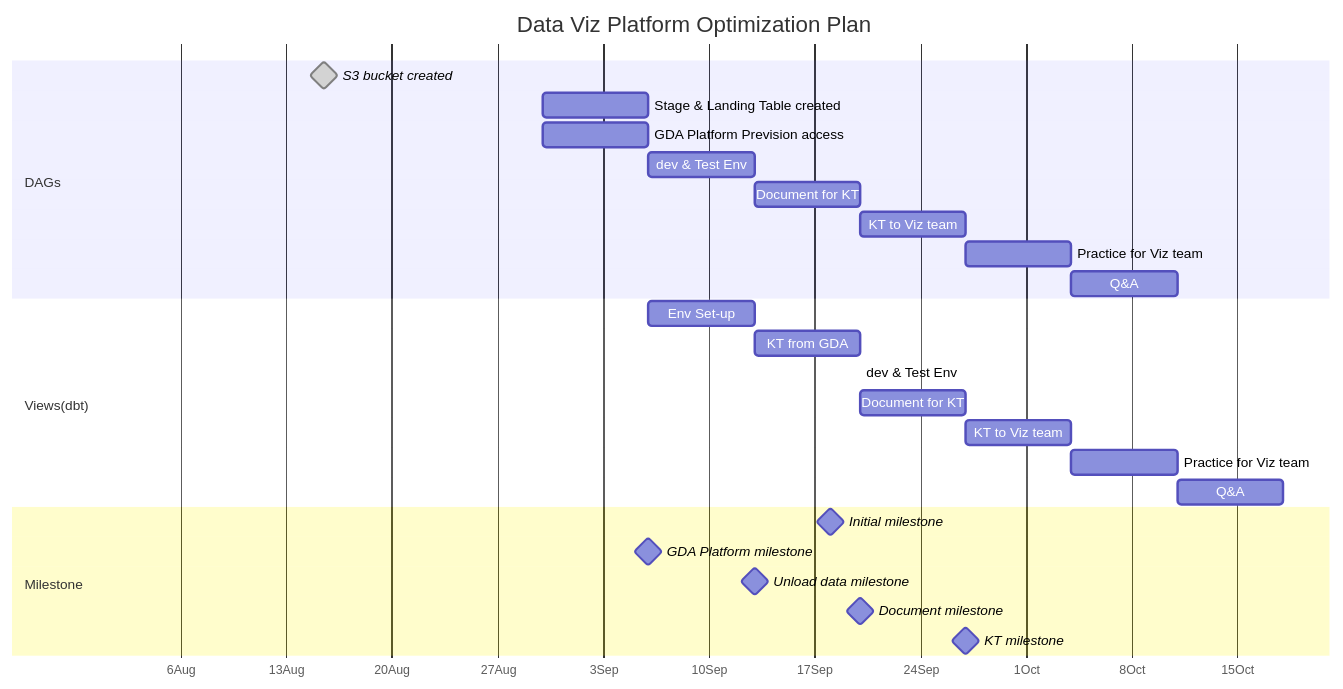
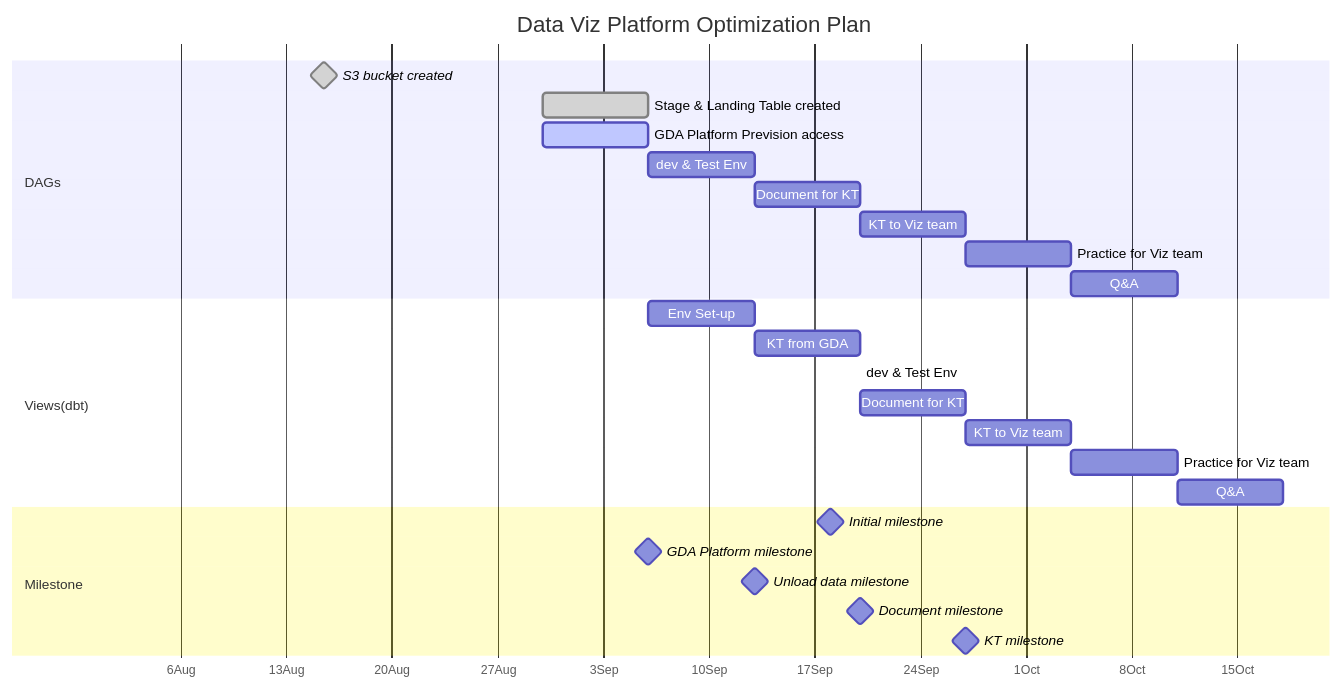
The diagram in Plan.md (Jamesxuxiao/plan), drawn with Mermaid before and after one commit.

````diff
--- a/Plan.md
+++ b/Plan.md
@@ -6,39 +6,39 @@
 ```mermaid
 gantt
     dateFormat  YYYY-MM-DD
     title       Data Viz Platform Optimization Plan
     axisFormat %e%b
     todayMarker on
     %%excludes    weekends
     tickInterval 1week
     %% (`excludes` accepts specific dates in YYYY-MM-DD format, days of the week ("sunday") or "weekends", but not the word "weekdays".)
 
 
     section A ridiculously <br> long section <br> name
 
     section DAGs
     S3 bucket created: milestone, done, des09, 2023-08-01, 2023-08-30
-    Stage & Landing Table created      : desc10, after des09,1w
-    GDA Platform Prevision access    :  des11, after des10, 1w
+    Stage & Landing Table created      : done, desc10, after des09,1w
+    GDA Platform Prevision access    : active,  des11, after des10, 1w
     dev & Test Env              :    des12, after des11, 1w
     Document for KT             :    des13, after des12, 1w
     KT to Viz team              :    des14, after des13, 1w
     Practice for Viz team       :    des15, after des14, 1w
     Q&A                         :    des16, after des15, 1w
 
     section Views(dbt)
     Env Set-up                  :    des41, after des11, 1w
     KT from GDA                 :    des42, after des41, 1w
     dev & Test Env              :    des43, after des42,des13 1w
     Document for KT             :    des44, after des43, 1w
     KT to Viz team              :    des45, after des44, 1w
     Practice for Viz team       :    des46, after des45, 1w
     Q&A                         :    des47, after des46, 1w
 
     section Milestone
     Initial milestone           : milestone, m0, 2023-09-18,2min
     GDA Platform milestone      : milestone, m1, after des11, 2min
     Unload data milestone       : milestone, m2, after des12, 2min
     Document milestone          : milestone, m3, after des13, 2min
     KT milestone                : milestone, m5, after des14, 2min
 ```
````
